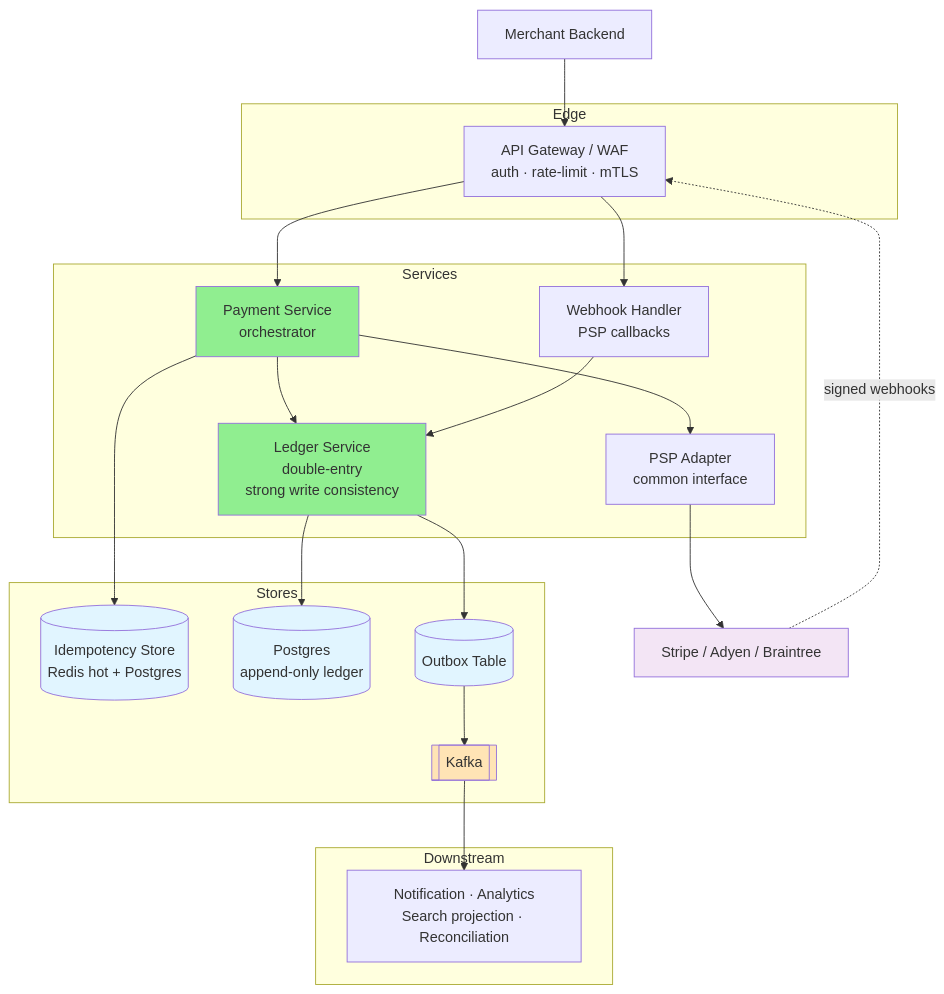
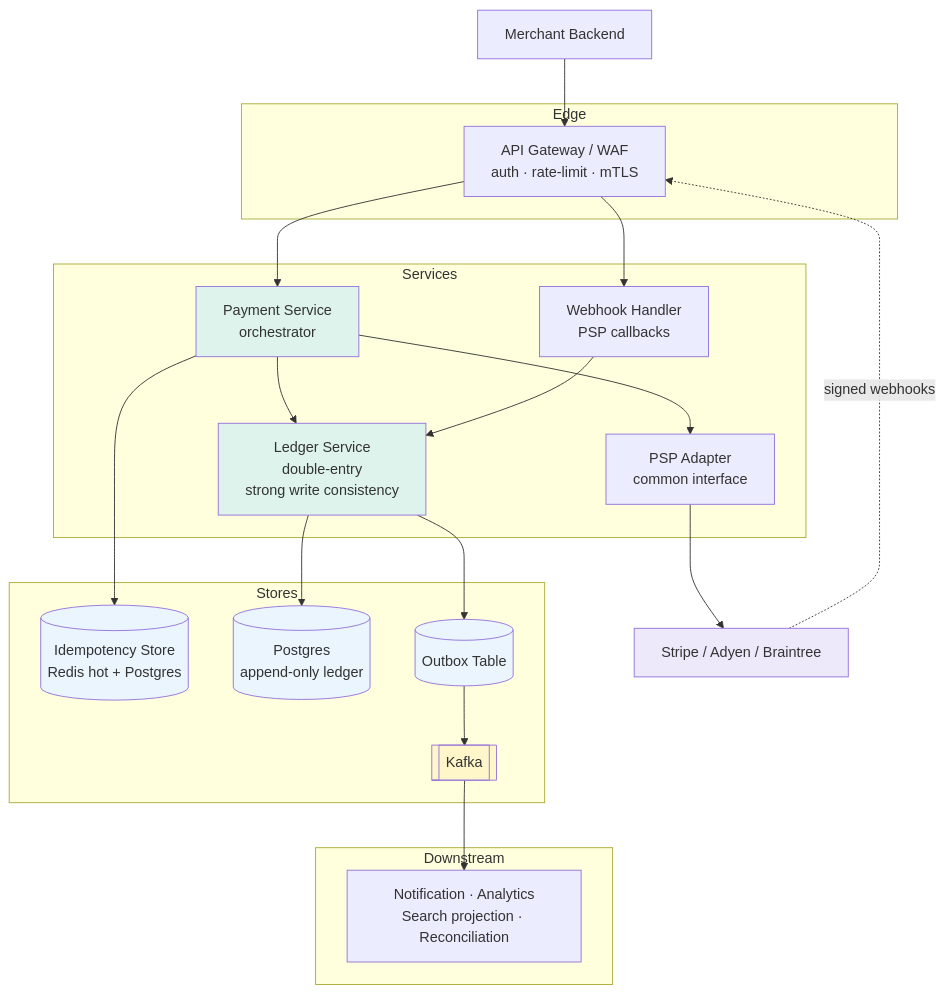
One commit to cartmancodes/InterviewVault changed the second of 7 diagrams in LLD/questions/Design Payment System.md. Above: the diagram before and after it, drawn with Mermaid. The commit also changed other lines of this file and 679 other files, not shown here.

Commit message:
Unify content diagrams and add accessible visual walkthroughs

````diff
--- a/LLD/questions/Design Payment System.md
+++ b/LLD/questions/Design Payment System.md
@@ -213,49 +213,49 @@
 ```mermaid
 graph TB
     MB[Merchant Backend]
     PSP[Stripe / Adyen / Braintree]
 
     subgraph Edge
         GW[API Gateway / WAF<br/>auth · rate-limit · mTLS]
     end
 
     subgraph Services
         PAY[Payment Service<br/>orchestrator]
         WH[Webhook Handler<br/>PSP callbacks]
         LED[Ledger Service<br/>double-entry<br/>strong write consistency]
         ADP[PSP Adapter<br/>common interface]
     end
 
     subgraph Stores
         IDEM[(Idempotency Store<br/>Redis hot + Postgres)]
         PGDB[(Postgres<br/>append-only ledger)]
         OBX[(Outbox Table)]
         KAFKA[[Kafka]]
     end
 
     subgraph Downstream
         DS[Notification · Analytics<br/>Search projection · Reconciliation]
     end
 
     MB --> GW
     GW --> PAY
     PSP -.signed webhooks.-> GW
     GW --> WH
     PAY --> IDEM
     PAY --> ADP
     PAY --> LED
     WH --> LED
     ADP --> PSP
     LED --> PGDB
     LED --> OBX
     OBX --> KAFKA
     KAFKA --> DS
 
-    style PAY fill:#90EE90
-    style LED fill:#90EE90
-    style IDEM fill:#e1f5ff
-    style PGDB fill:#e1f5ff
-    style OBX fill:#e1f5ff
-    style KAFKA fill:#FFE4B5
-    style PSP fill:#f3e5f5
+    style PAY fill:#DDF3EC
+    style LED fill:#DDF3EC
+    style IDEM fill:#EAF5FD
+    style PGDB fill:#EAF5FD
+    style OBX fill:#EAF5FD
+    style KAFKA fill:#FFF6C9
+    style PSP fill:#EDE8FA
 ```
````
